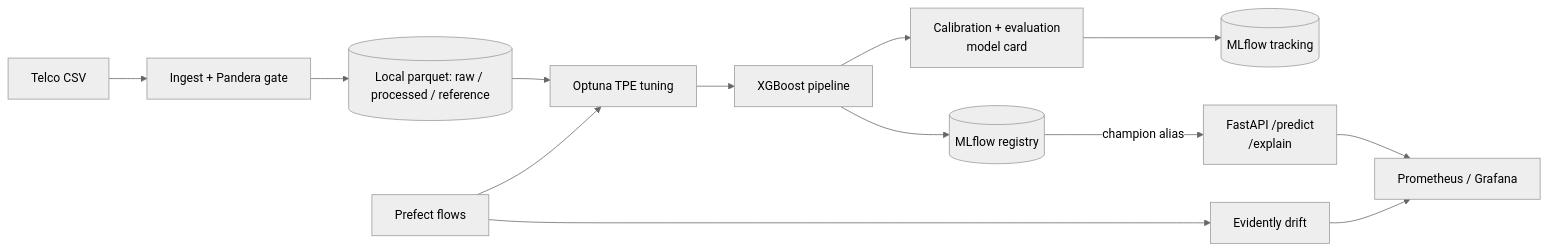
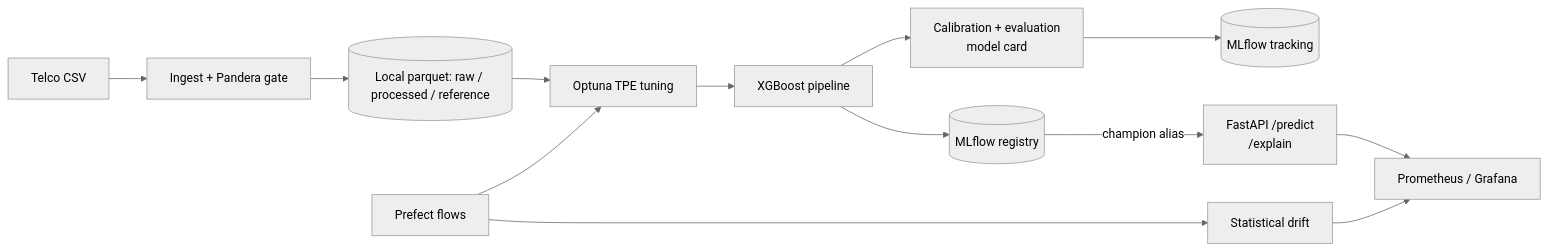
One commit to GuptaAman12/churnguard changed the diagram in README.md. Above: the diagram before and after it, drawn with Mermaid (neutral theme). The commit also changed other lines of this file and 10 other files, not shown here.

Commit message:
refactor: drop Evidently for built-in drift tests

````diff
--- a/README.md
+++ b/README.md
@@ -108,15 +108,15 @@
 ```mermaid
 flowchart LR
     A[Telco CSV] --> B[Ingest + Pandera gate]
     B --> C[(Local parquet: raw / processed / reference)]
     C --> D[Optuna TPE tuning]
     D --> E[XGBoost pipeline]
     E --> F[Calibration + evaluation<br/>model card]
     F --> G[(MLflow tracking)]
     E --> H[(MLflow registry)]
     H -->|champion alias| I[FastAPI /predict<br/>/explain]
     I --> J[Prometheus / Grafana]
-    K[Evidently drift] --> J
+    K[Statistical drift] --> J
     L[Prefect flows] --> D
     L --> K
 ```
````
